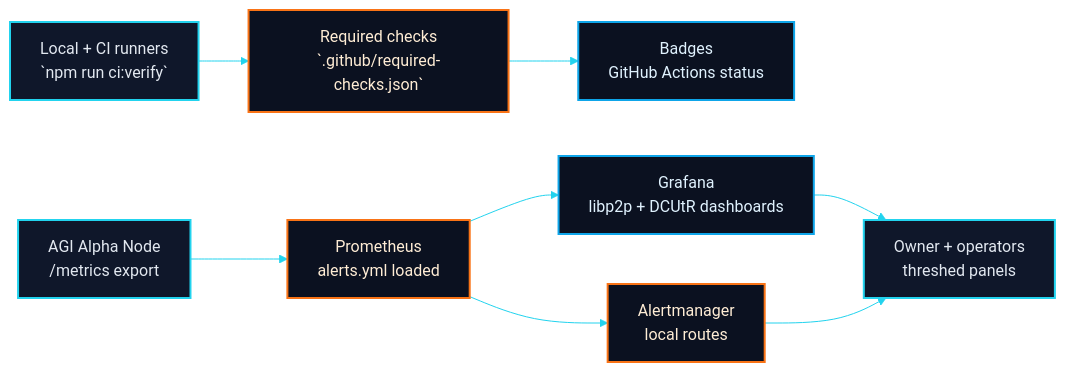
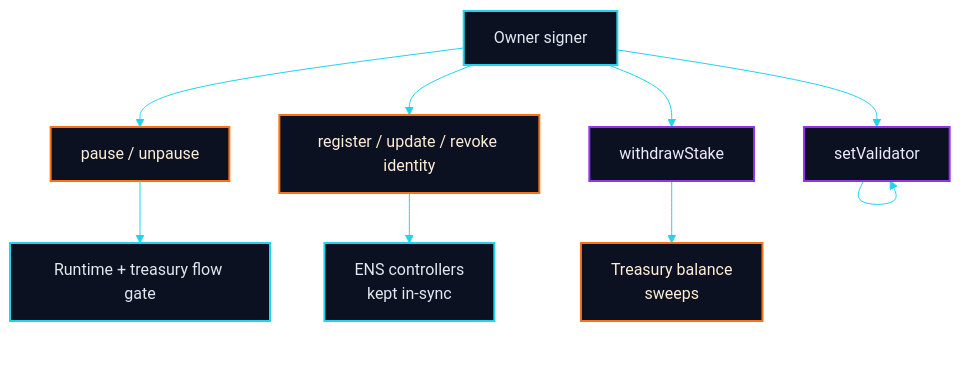
Before and after one commit to MontrealAI/AGI-Alpha-Node-v0: the second of 4 diagrams in README.md, drawn with Mermaid. The commit also changed other lines of this file, not shown here.

````diff
--- a/README.md
+++ b/README.md
@@ -187,15 +85,16 @@
 ```mermaid
-%%{init: { 'theme': 'forest', 'themeVariables': { 'primaryColor': '#0f172a', 'primaryTextColor': '#e2e8f0', 'lineColor': '#22d3ee', 'secondaryColor': '#0ea5e9', 'tertiaryColor': '#f97316' } }}%%
-flowchart LR
-  classDef neon fill:#0f172a,stroke:#22d3ee,stroke-width:2px,color:#e2e8f0;
+%%{init: { 'theme': 'forest', 'themeVariables': { 'primaryColor': '#0b1120', 'primaryTextColor': '#e2e8f0', 'lineColor': '#22d3ee', 'secondaryColor': '#f97316', 'tertiaryColor': '#9333ea' } }}%%
+flowchart TD
+  classDef neon fill:#0b1120,stroke:#22d3ee,stroke-width:2px,color:#e2e8f0;
   classDef ember fill:#0b1120,stroke:#f97316,stroke-width:2px,color:#ffedd5;
-  classDef frost fill:#0b1120,stroke:#0ea5e9,stroke-width:2px,color:#e0f2fe;
+  classDef amethyst fill:#0b1120,stroke:#9333ea,stroke-width:2px,color:#ede9fe;
 
-  Dev["Local + CI runners\n`npm run ci:verify`"]:::neon --> Gate[Required checks\n`.github/required-checks.json`]:::ember
-  Gate --> Badge[Badges\nGitHub Actions status]:::frost
-  Node["AGI Alpha Node\n/metrics export"]:::neon --> Prom[Prometheus\nalerts.yml loaded]:::ember
-  Prom --> Graf[Grafana\nlibp2p + DCUtR dashboards]:::frost
-  Prom --> AM[Alertmanager\nlocal routes]:::ember
-  Graf --> Owner[Owner + operators\nthreshed panels]:::neon
-  AM --> Owner
+  Owner[Owner signer]:::neon --> Pause[pause / unpause]:::ember
+  Owner --> Validators[setValidator]:::amethyst
+  Owner --> Identity[register / update / revoke identity]:::ember
+  Owner --> Stake[withdrawStake]:::amethyst
+  Pause --> RuntimeGate[Runtime + treasury flow gate]:::neon
+  Validators --> Validators
+  Identity --> ENS[ENS controllers\nkept in-sync]:::neon
+  Stake --> TreasuryBalance[Treasury balance\nsweeps]:::ember
 ```
````
